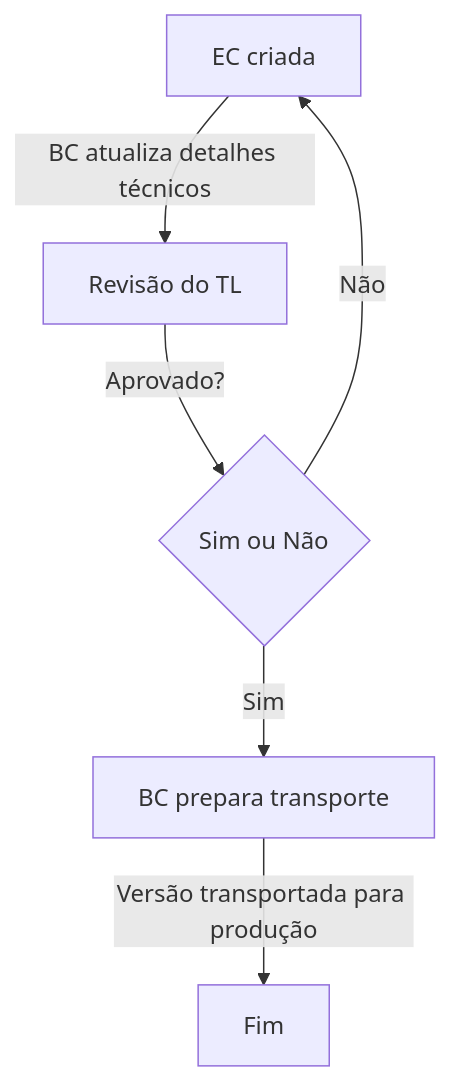
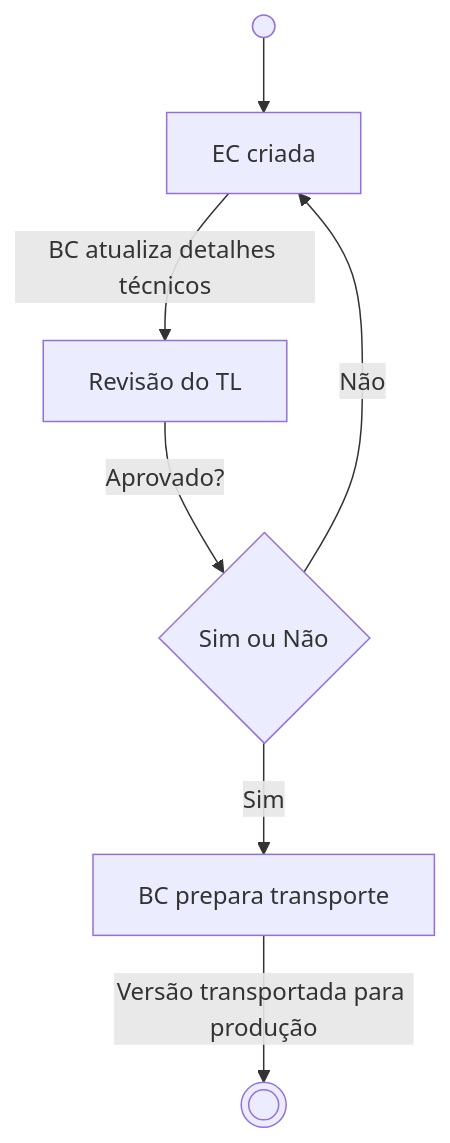
Before and after one commit to edmilson-nascimento/Quermesse: the third of 3 diagrams in doc/doc.md, drawn with Mermaid. The commit also changed other lines of this file, not shown here.

````diff
--- a/doc/doc.md
+++ b/doc/doc.md
@@ -52,8 +59,8 @@
 ```mermaid
 graph TD;
-  A[EC criada] -->|BC atualiza detalhes técnicos| B[Revisão do TL]
+  Begin((" ")):::startClass --> A[EC criada] -->|BC atualiza detalhes técnicos| B[Revisão do TL]
   B -->|Aprovado?| C{Sim ou Não}
   C -->|Não| A
   C -->|Sim| D[BC prepara transporte]
-  D -->|Versão transportada para produção| E[Fim]
+  D -->|Versão transportada para produção| End(((" "))):::endClass
 ```
````
